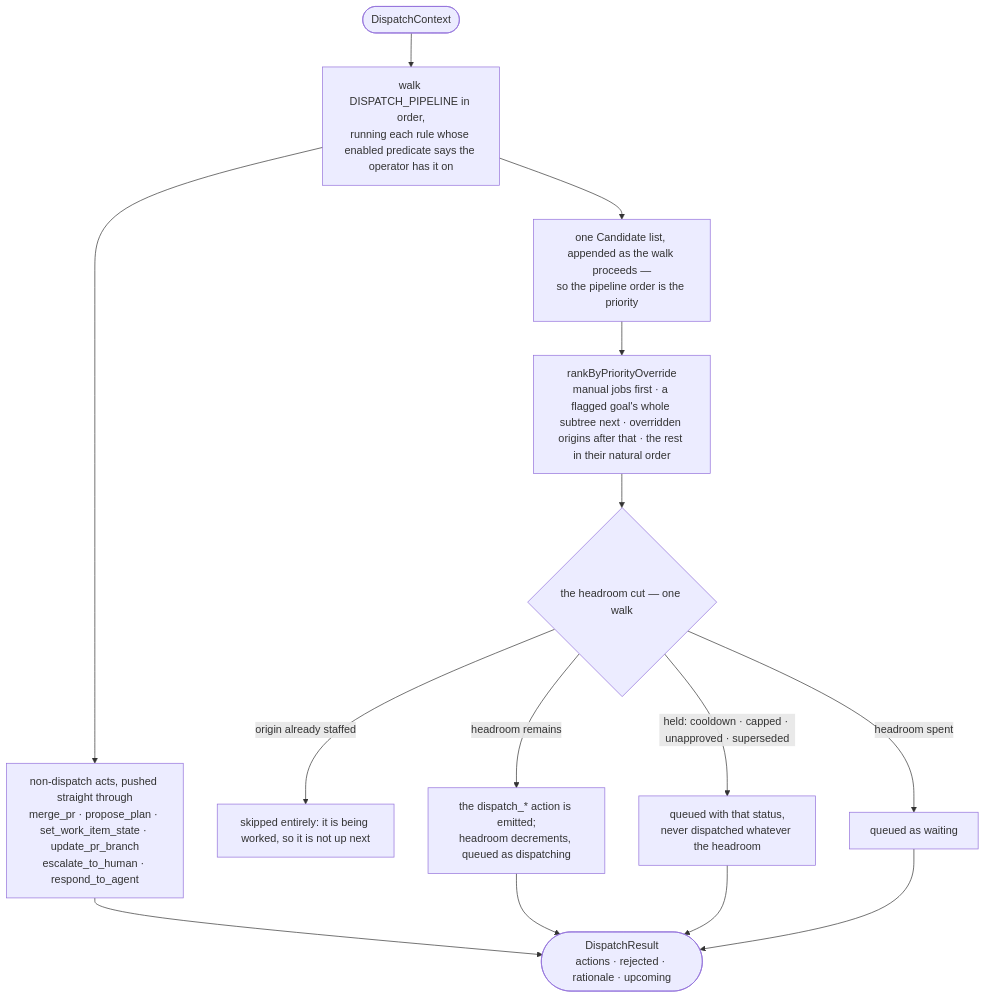
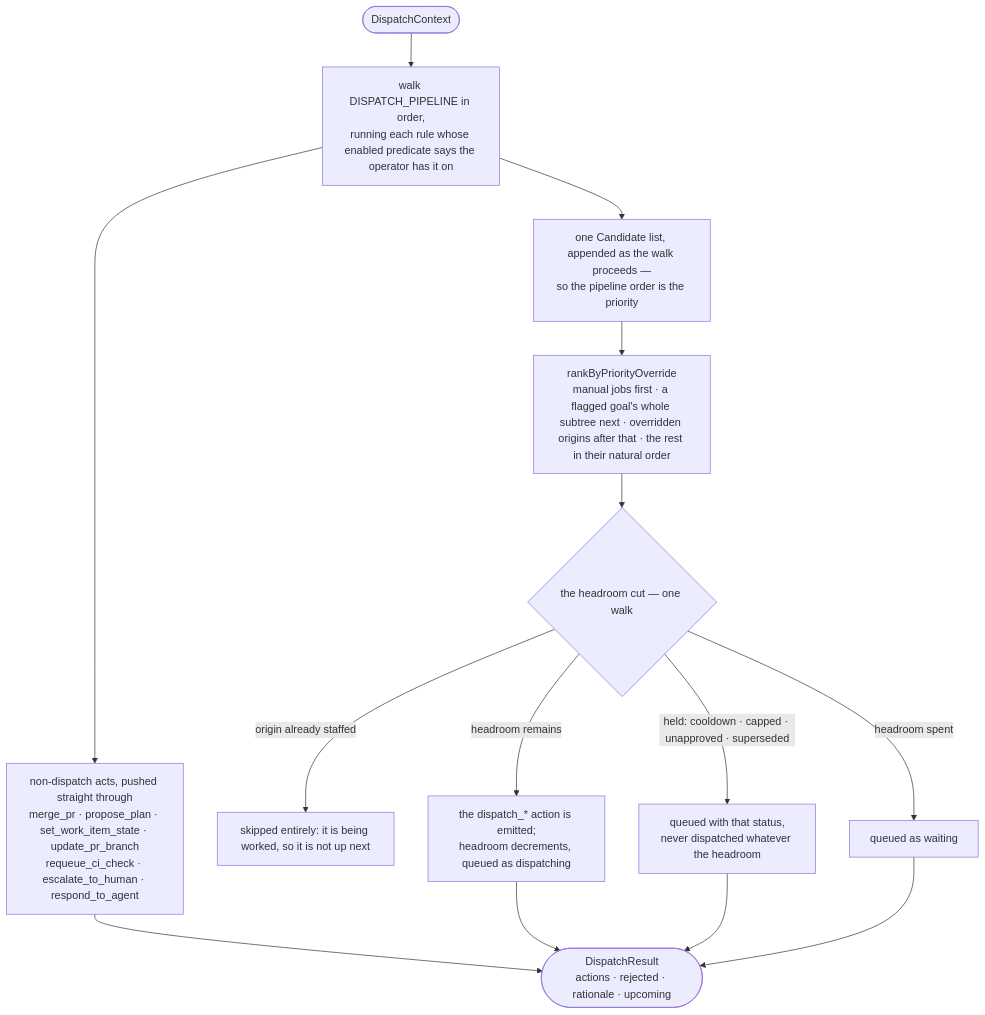
The diagram in docs/spec/05-dispatcher.md (AdamAwan/LubbDubb), drawn with Mermaid before and after one commit. The commit also changed other lines of this file and 29 other files, not shown here.

````diff
--- a/docs/spec/05-dispatcher.md
+++ b/docs/spec/05-dispatcher.md
@@ -300,16 +334,16 @@
 ```mermaid
 flowchart TD
     CTX(["DispatchContext"]) --> WALK["walk DISPATCH_PIPELINE in order,<br/>running each rule whose enabled predicate says the operator has it on"]
-    WALK --> NA["non-dispatch acts, pushed straight through<br/>merge_pr · propose_plan · set_work_item_state · update_pr_branch<br/>escalate_to_human · respond_to_agent"]
+    WALK --> NA["non-dispatch acts, pushed straight through<br/>merge_pr · propose_plan · set_work_item_state · update_pr_branch<br/>requeue_ci_check · escalate_to_human · respond_to_agent"]
     WALK --> CAND["one Candidate list, appended as the walk proceeds —<br/>so the pipeline order is the priority"]
     CAND --> OV["rankByPriorityOverride<br/>manual jobs first · a flagged goal's whole subtree next · overridden origins after that · the rest in their natural order"]
     OV --> CUT{"the headroom cut — one walk"}
     CUT -- origin already staffed --> SK["skipped entirely: it is being worked, so it is not up next"]
     CUT -- "held: cooldown · capped · unapproved · superseded" --> Q1["queued with that status,<br/>never dispatched whatever the headroom"]
     CUT -- headroom remains --> DI["the dispatch_* action is emitted;<br/>headroom decrements, queued as dispatching"]
     CUT -- headroom spent --> Q2["queued as waiting"]
     NA --> OUT(["DispatchResult<br/>actions · rejected · rationale · upcoming"])
     DI --> OUT
     Q1 --> OUT
     Q2 --> OUT
 ```
````
